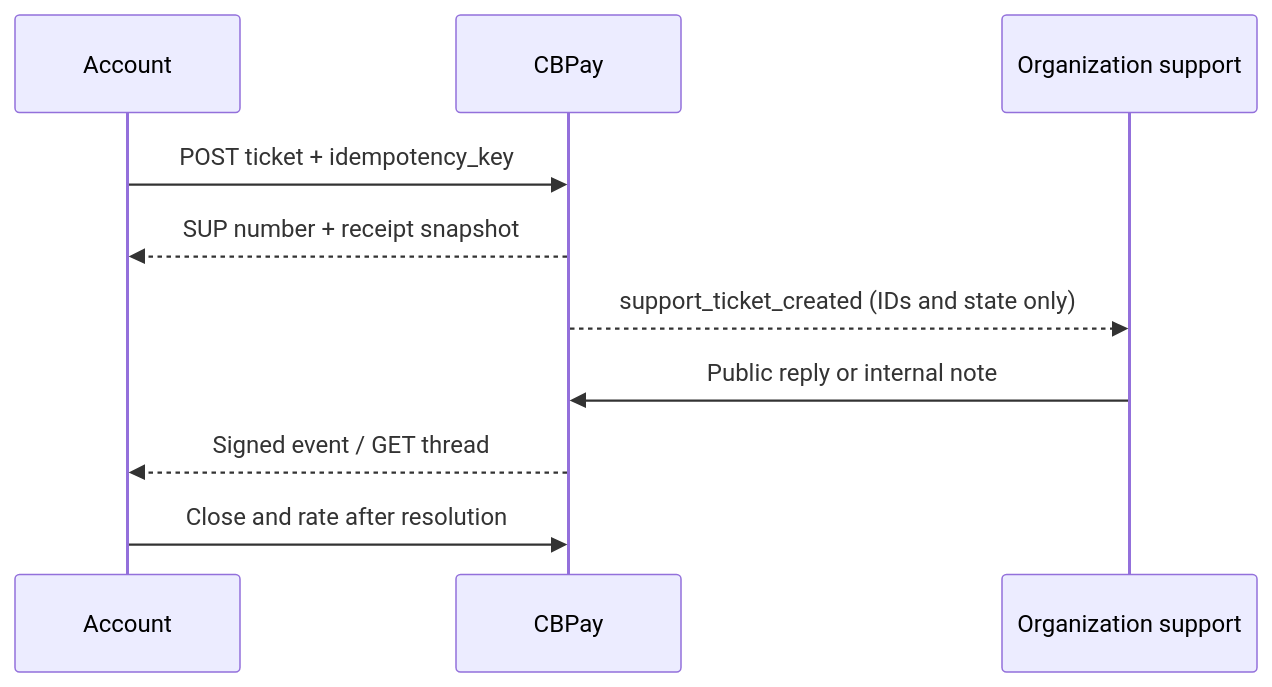
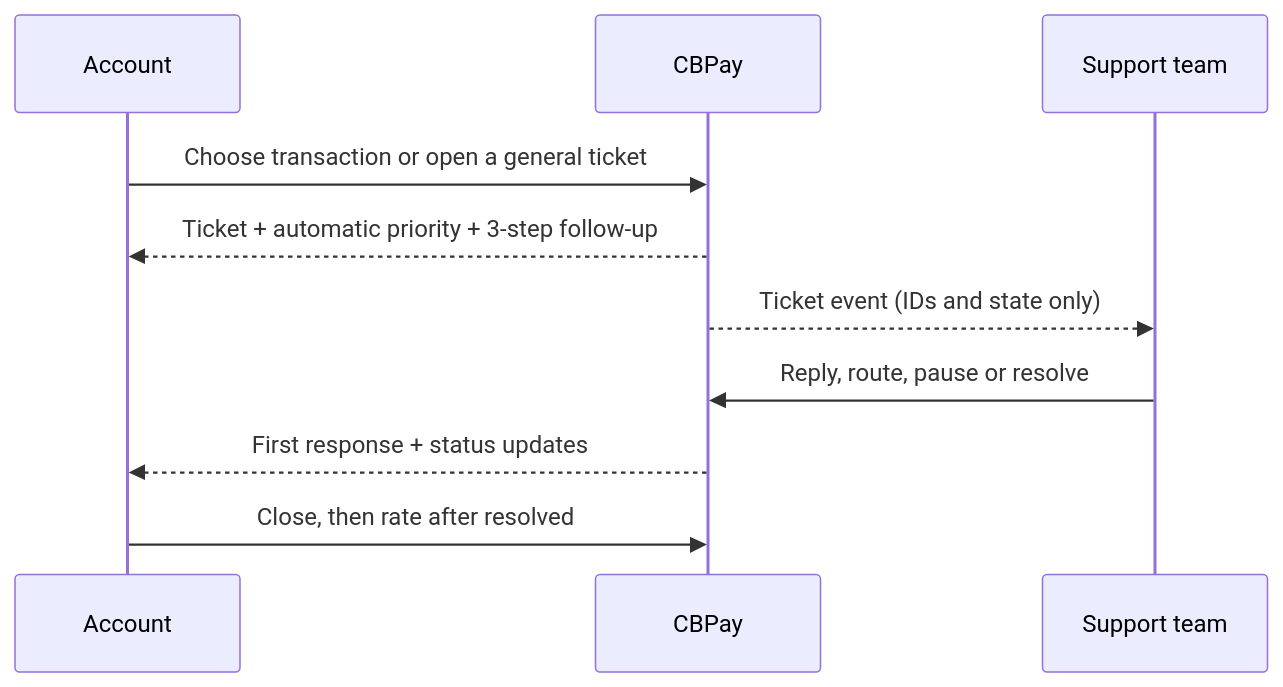
One commit to CBpayapp/cbpay-docs changed the diagram in en/guides/support-tickets.mdx. Above: the diagram before and after it, drawn with Mermaid. The commit also changed other lines of this file and 26 other files, not shown here.

````diff
--- a/en/guides/support-tickets.mdx
+++ b/en/guides/support-tickets.mdx
@@ -13,12 +13,12 @@
 ```mermaid
 sequenceDiagram
   participant A as Account
   participant C as CBPay
-  participant O as Organization support
-  A->>C: POST ticket + idempotency_key
-  C-->>A: SUP number + receipt snapshot
-  C-->>O: support_ticket_created (IDs and state only)
-  O->>C: Public reply or internal note
-  C-->>A: Signed event / GET thread
-  A->>C: Close and rate after resolution
+  participant O as Support team
+  A->>C: Choose transaction or open a general ticket
+  C-->>A: Ticket + automatic priority + 3-step follow-up
+  C-->>O: Ticket event (IDs and state only)
+  O->>C: Reply, route, pause or resolve
+  C-->>A: First response + status updates
+  A->>C: Close, then rate after resolved
 ```
````
